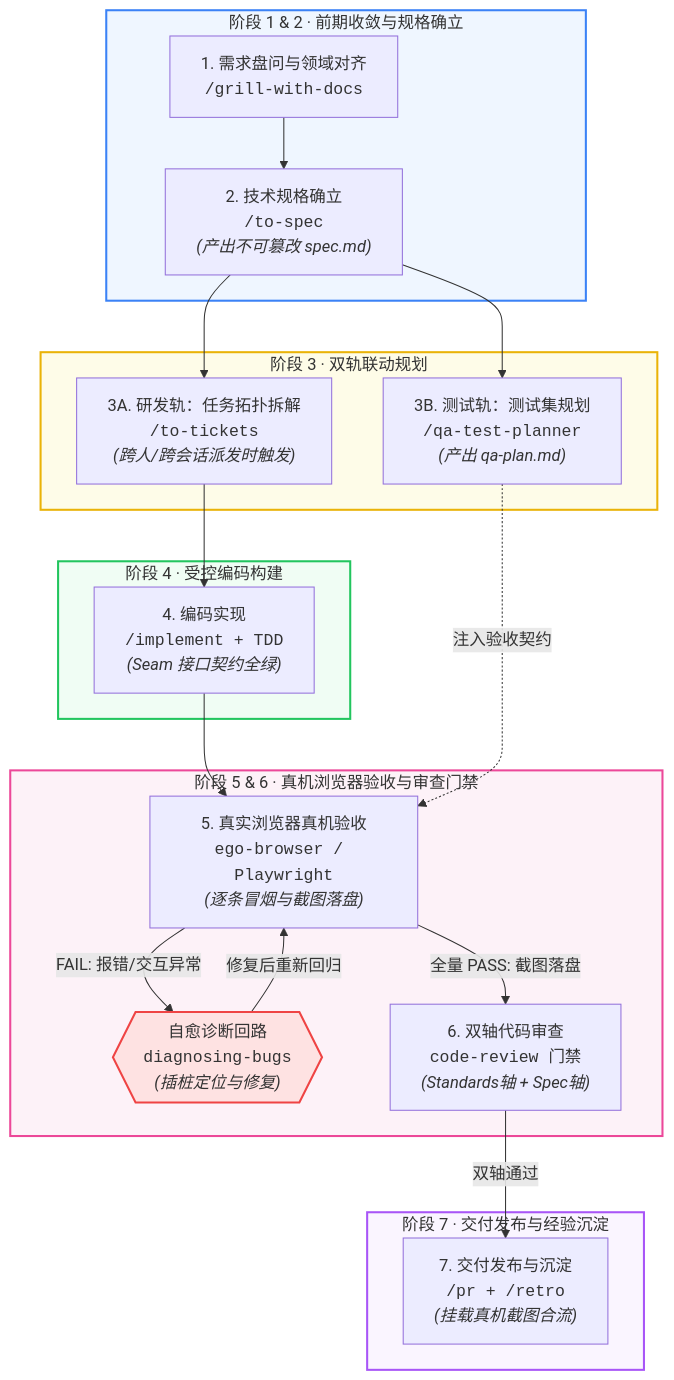
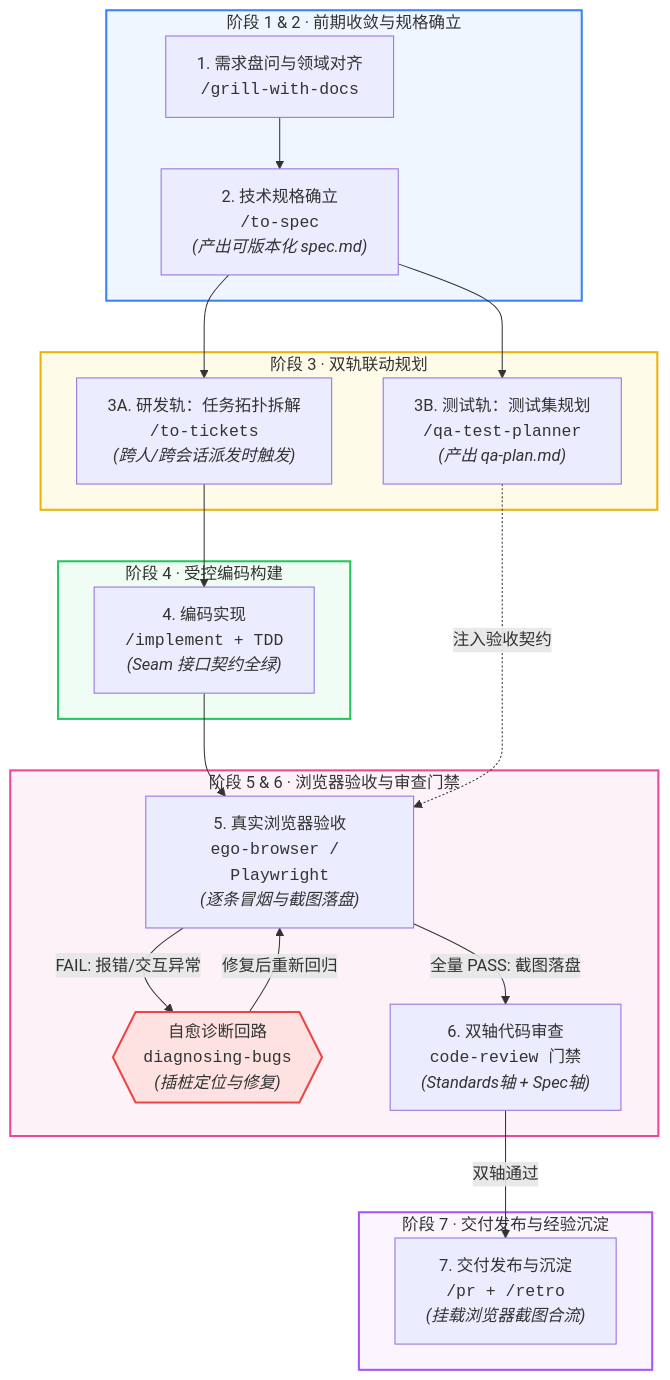
One commit to wxy-hh/ai-aggregation changed the first of 11 diagrams in docs/agents/qa-workflow-guide.md. Above: the diagram before and after it, drawn with Mermaid. The commit also changed other lines of this file and 25 other files, not shown here.

````diff
--- a/docs/agents/qa-workflow-guide.md
+++ b/docs/agents/qa-workflow-guide.md
@@ -186,45 +182,45 @@
 ```mermaid
 flowchart TD
     subgraph P1 ["阶段 1 & 2 · 前期收敛与规格确立"]
         A["1. 需求盘问与领域对齐<br/><code>/grill-with-docs</code>"]
-        B["2. 技术规格确立<br/><code>/to-spec</code><br/><i>(产出不可篡改 spec.md)</i>"]
+        B["2. 技术规格确立<br/><code>/to-spec</code><br/><i>(产出可版本化 spec.md)</i>"]
         A --> B
     end
 
     subgraph P2 ["阶段 3 · 双轨联动规划"]
         C1["3A. 研发轨：任务拓扑拆解<br/><code>/to-tickets</code><br/><i>(跨人/跨会话派发时触发)</i>"]
         C2["3B. 测试轨：测试集规划<br/><code>/qa-test-planner</code><br/><i>(产出 qa-plan.md)</i>"]
     end
     B --> C1
     B --> C2
 
     subgraph P3 ["阶段 4 · 受控编码构建"]
         D["4. 编码实现<br/><code>/implement + TDD</code><br/><i>(Seam 接口契约全绿)</i>"]
     end
     C1 --> D
 
-    subgraph P4 ["阶段 5 & 6 · 真机浏览器验收与审查门禁"]
-        E["5. 真实浏览器真机验收<br/><code>ego-browser / Playwright</code><br/><i>(逐条冒烟与截图落盘)</i>"]
+    subgraph P4 ["阶段 5 & 6 · 浏览器验收与审查门禁"]
+        E["5. 真实浏览器验收<br/><code>ego-browser / Playwright</code><br/><i>(逐条冒烟与截图落盘)</i>"]
         H{{"自愈诊断回路<br/><code>diagnosing-bugs</code><br/><i>(插桩定位与修复)</i>"}}
         F["6. 双轴代码审查<br/><code>code-review 门禁</code><br/><i>(Standards轴 + Spec轴)</i>"]
 
         E -->|"FAIL: 报错/交互异常"| H
         H -->|"修复后重新回归"| E
         E -->|"全量 PASS: 截图落盘"| F
     end
     D --> E
     C2 -.->|"注入验收契约"| E
 
     subgraph P5 ["阶段 7 · 交付发布与经验沉淀"]
-        G["7. 交付发布与沉淀<br/><code>/pr + /retro</code><br/><i>(挂载真机截图合流)</i>"]
+        G["7. 交付发布与沉淀<br/><code>/pr + /retro</code><br/><i>(挂载浏览器截图合流)</i>"]
     end
     F -->|"双轴通过"| G
 
     %% 样式增强
     style P1 fill:#eff6ff,stroke:#3b82f6,stroke-width:2px
     style P2 fill:#fefce8,stroke:#eab308,stroke-width:2px
     style P3 fill:#f0fdf4,stroke:#22c55e,stroke-width:2px
     style P4 fill:#fdf2f8,stroke:#ec4899,stroke-width:2px
     style P5 fill:#faf5ff,stroke:#a855f7,stroke-width:2px
     style H fill:#fee2e2,stroke:#ef4444,stroke-width:2px
 ```
````
